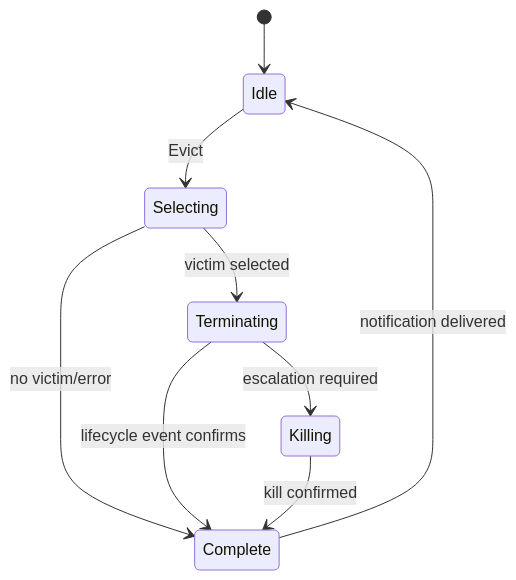
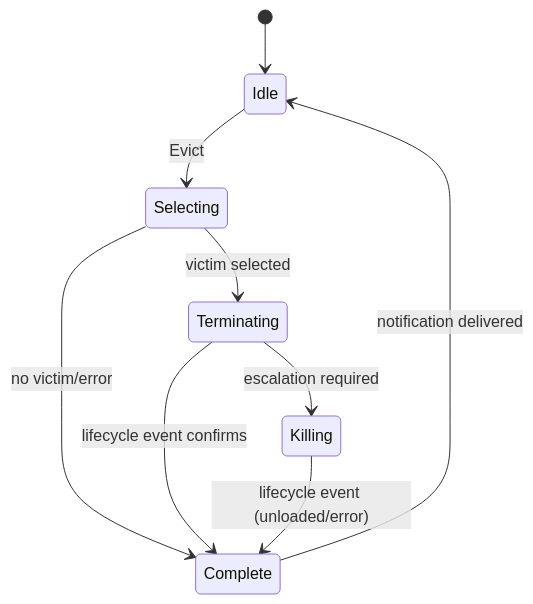
Before and after one commit to rdkcentral/entservices-appmanagers: the fourth of 4 diagrams in docs/VictimSelector.md, drawn with Mermaid.

Commit message:
Potential fix for pull request finding 'Transition incorrectly refers to a kill-confirmation callback'

````diff
--- a/docs/VictimSelector.md
+++ b/docs/VictimSelector.md
@@ -99,11 +99,11 @@
 ```mermaid
 stateDiagram-v2
     [*] --> Idle
     Idle --> Selecting: Evict
     Selecting --> Terminating: victim selected
     Selecting --> Complete: no victim/error
     Terminating --> Complete: lifecycle event confirms
     Terminating --> Killing: escalation required
-    Killing --> Complete: kill confirmed
+    Killing --> Complete: lifecycle event (unloaded/error)
     Complete --> Idle: notification delivered
 ```
````
